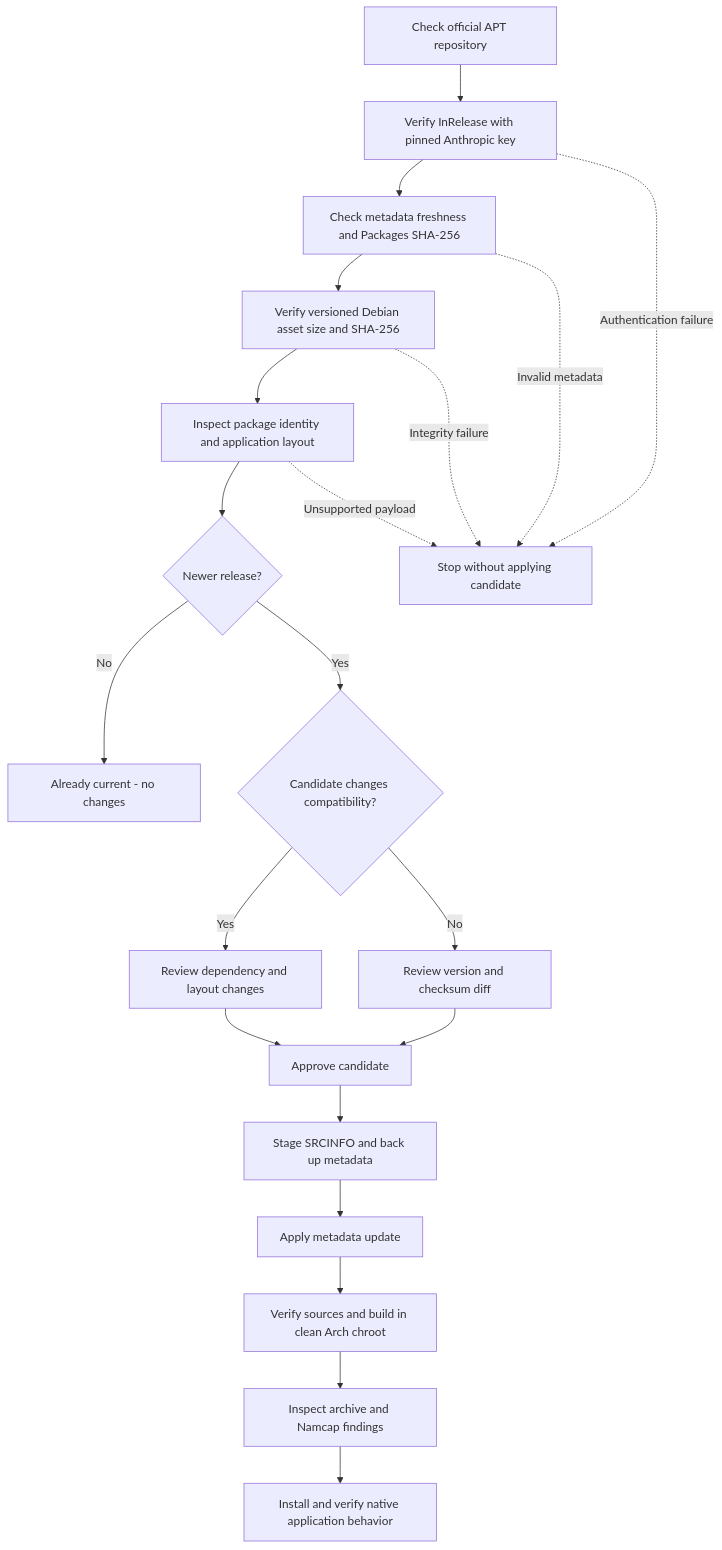
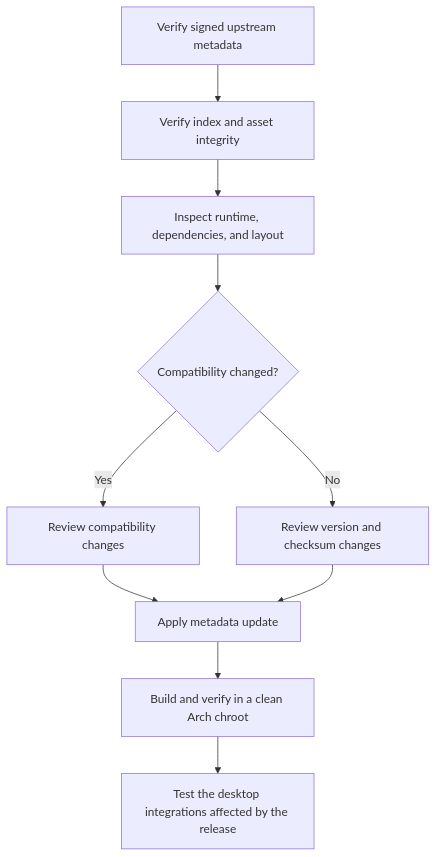
One commit to LCS-Dev-Ergos/Claude-Desktop-Arch changed the diagram in README.md. Above: the diagram before and after it, drawn with Mermaid. The commit also changed other lines of this file, not shown here.

````diff
--- a/README.md
+++ b/README.md
@@ -38,23 +44,12 @@
 ```mermaid
 flowchart TD
-    A[Check official APT repository] --> B[Verify InRelease with pinned Anthropic key]
-    B --> C[Check metadata freshness and Packages SHA-256]
-    C --> D[Verify versioned Debian asset size and SHA-256]
-    D --> E[Inspect package identity and application layout]
-    E --> N{Newer release?}
-    N -->|No| U[Already current - no changes]
-    N -->|Yes| F{Candidate changes compatibility?}
-    F -->|Yes| G[Review dependency and layout changes]
-    F -->|No| H[Review version and checksum diff]
-    G --> I[Approve candidate]
-    H --> I
-    I --> J[Stage SRCINFO and back up metadata]
-    J --> V[Apply metadata update]
-    V --> K[Verify sources and build in clean Arch chroot]
-    K --> L[Inspect archive and Namcap findings]
-    L --> M[Install and verify native application behavior]
-    B -. Authentication failure .-> X[Stop without applying candidate]
-    C -. Invalid metadata .-> X
-    D -. Integrity failure .-> X
-    E -. Unsupported payload .-> X
+    A[Verify signed upstream metadata] --> B[Verify index and asset integrity]
+    B --> C[Inspect runtime, dependencies, and layout]
+    C --> D{Compatibility changed?}
+    D -->|Yes| E[Review compatibility changes]
+    D -->|No| F[Review version and checksum changes]
+    E --> G[Apply metadata update]
+    F --> G
+    G --> H[Build and verify in a clean Arch chroot]
+    H --> I[Test the desktop integrations affected by the release]
 ```
````
